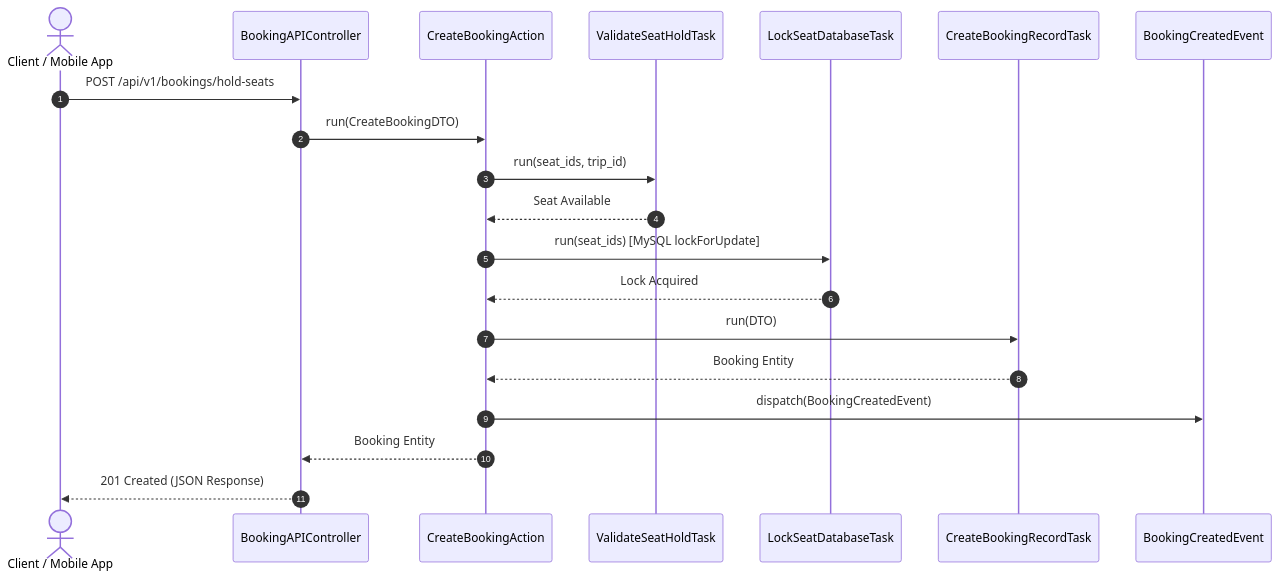
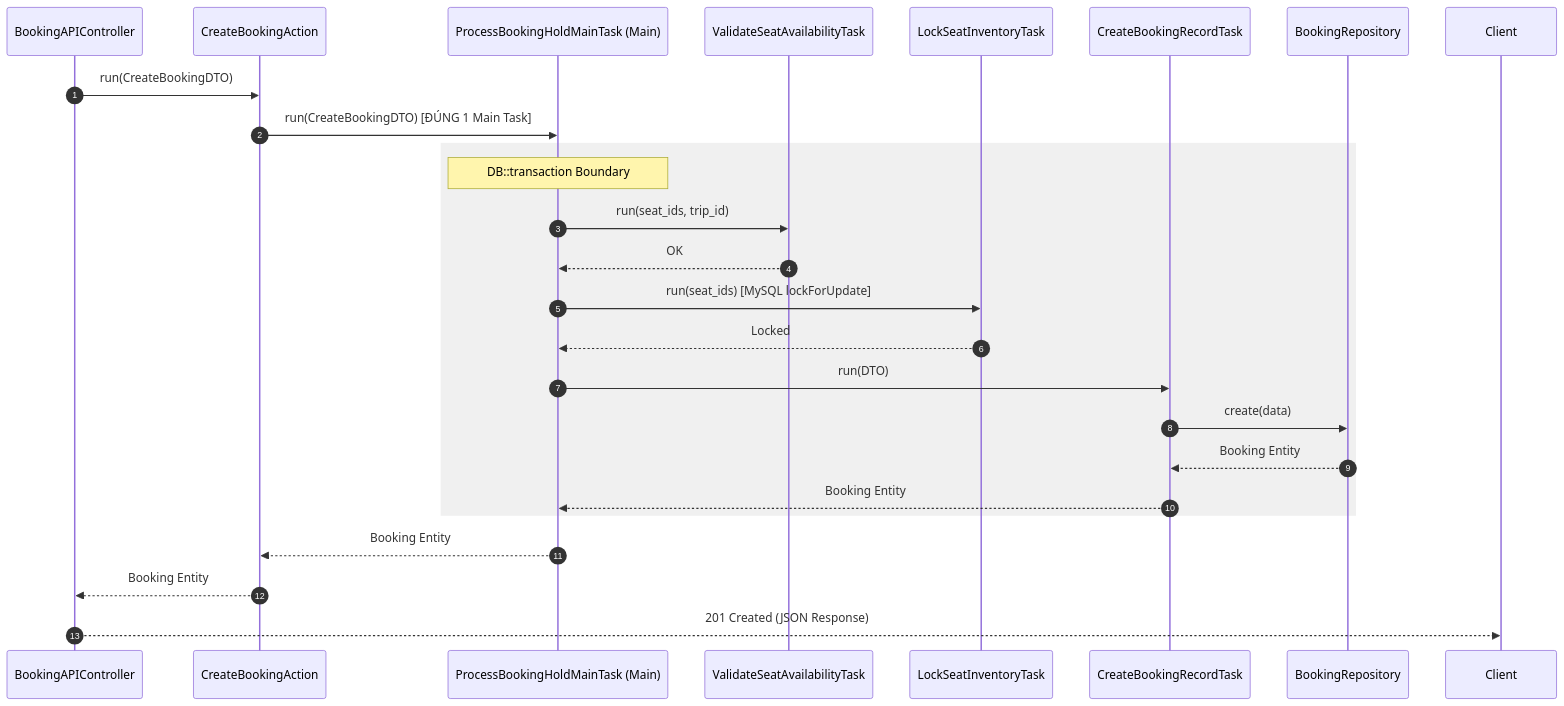
One commit to tomone2kd000-ux/superdong-booking-system changed the diagram in content/docs/chuong-00-tong-quan-nghiep-vu-kien-truc/03-porto-container-architecture.mdx. Above: the diagram before and after it, drawn with Mermaid. The commit also changed other lines of this file and 10 other files, not shown here.

Commit message:
docs: align Porto Action/Task rules, Logical ERD entities, Spatie Global RBAC, 9 Figma screens, and candidate proposals

````diff
--- a/content/docs/chuong-00-tong-quan-nghiep-vu-kien-truc/03-porto-container-architecture.mdx
+++ b/content/docs/chuong-00-tong-quan-nghiep-vu-kien-truc/03-porto-container-architecture.mdx
@@ -52,23 +69,30 @@
 ```mermaid
 sequenceDiagram
     autonumber
-    actor Client as Client / Mobile App
     participant Ctrl as BookingAPIController
     participant Act as CreateBookingAction
-    participant T1 as ValidateSeatHoldTask
-    participant T2 as LockSeatDatabaseTask
-    participant T3 as CreateBookingRecordTask
-    participant Event as BookingCreatedEvent
+    participant MainT as ProcessBookingHoldMainTask (Main)
+    participant SubT1 as ValidateSeatAvailabilityTask
+    participant SubT2 as LockSeatInventoryTask
+    participant SubT3 as CreateBookingRecordTask
+    participant Repo as BookingRepository
 
-    Client->>Ctrl: POST /api/v1/bookings/hold-seats
     Ctrl->>Act: run(CreateBookingDTO)
-    Act->>T1: run(seat_ids, trip_id)
-    T1-->>Act: Seat Available
-    Act->>T2: run(seat_ids) [MySQL lockForUpdate]
-    T2-->>Act: Lock Acquired
-    Act->>T3: run(DTO)
-    T3-->>Act: Booking Entity
-    Act->>Event: dispatch(BookingCreatedEvent)
+    Act->>MainT: run(CreateBookingDTO) [ĐÚNG 1 Main Task]
+    
+    rect rgb(240, 240, 240)
+        note over MainT: DB::transaction Boundary
+        MainT->>SubT1: run(seat_ids, trip_id)
+        SubT1-->>MainT: OK
+        MainT->>SubT2: run(seat_ids) [MySQL lockForUpdate]
+        SubT2-->>MainT: Locked
+        MainT->>SubT3: run(DTO)
+        SubT3->>Repo: create(data)
+        Repo-->>SubT3: Booking Entity
+        SubT3-->>MainT: Booking Entity
+    end
+    
+    MainT-->>Act: Booking Entity
     Act-->>Ctrl: Booking Entity
     Ctrl-->>Client: 201 Created (JSON Response)
 ```
````
